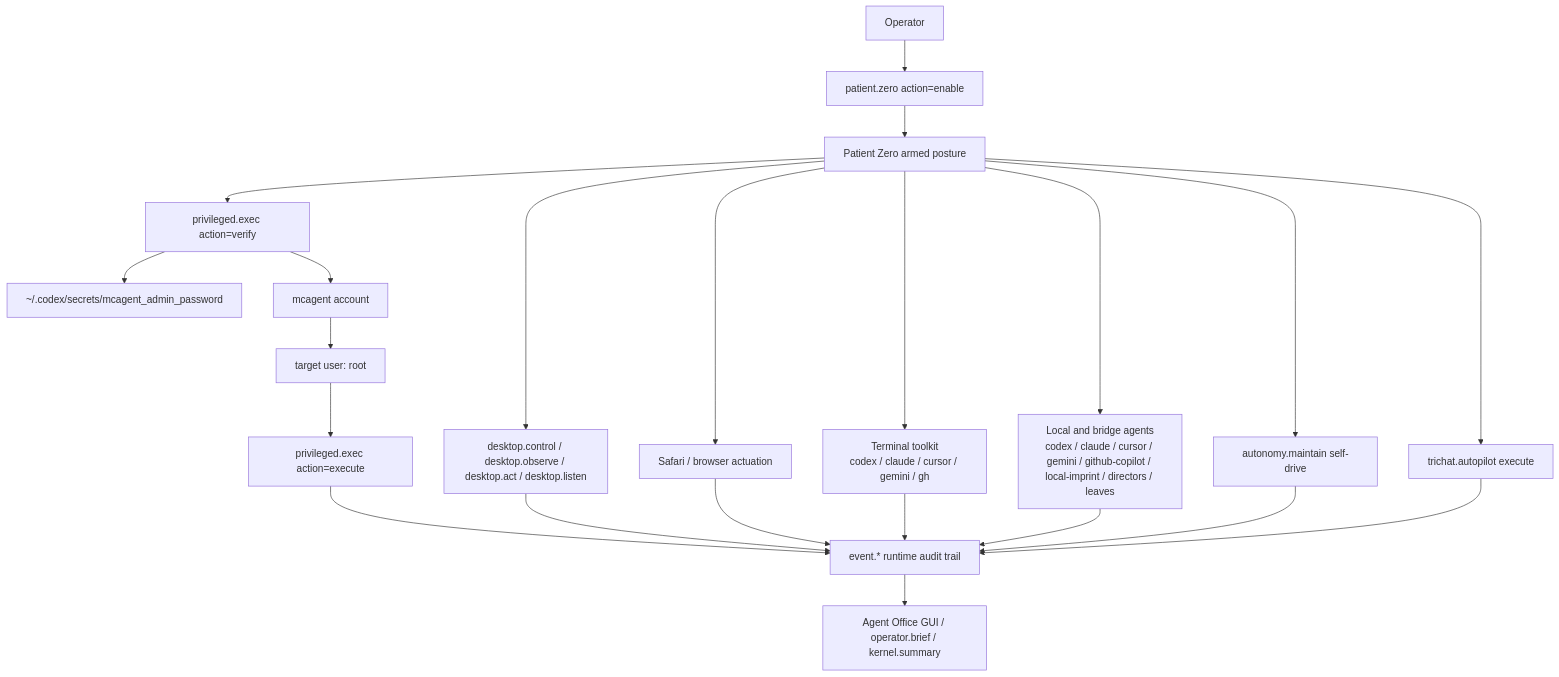
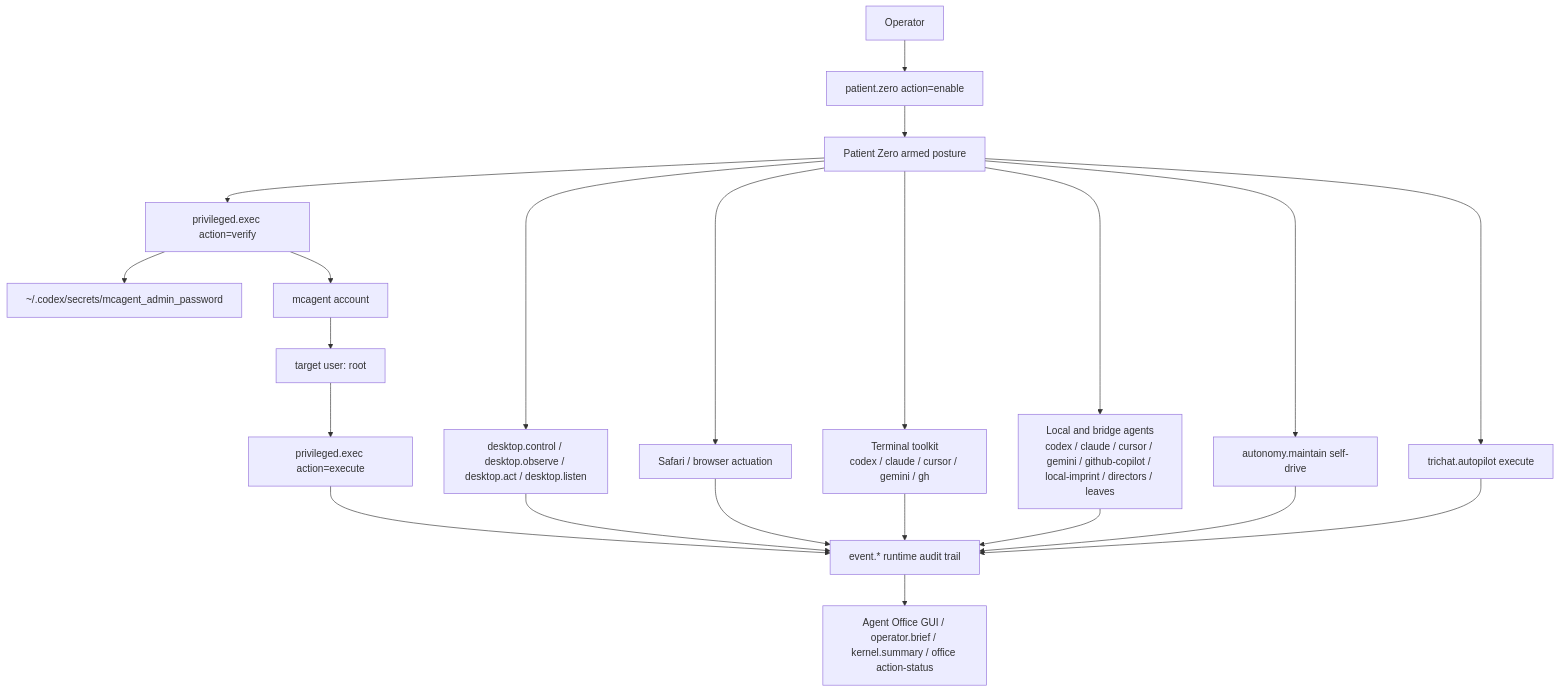
One commit to driverd12/MCPlayground---Core-Template changed the sixth of 6 diagrams in docs/SYSTEM_INTERCONNECTS.md. Above: the diagram before and after it, drawn with Mermaid. The commit also changed other lines of this file and 4 other files, not shown here.

````diff
--- a/docs/SYSTEM_INTERCONNECTS.md
+++ b/docs/SYSTEM_INTERCONNECTS.md
@@ -321,28 +321,28 @@
 ```mermaid
 flowchart TD
   Operator["Operator"] --> Arm["patient.zero action=enable"]
   Arm --> PZ["Patient Zero armed posture"]
 
   PZ --> Desktop["desktop.control / desktop.observe / desktop.act / desktop.listen"]
   PZ --> Browser["Safari / browser actuation"]
   PZ --> Verify["privileged.exec action=verify"]
   PZ --> Toolkit["Terminal toolkit<br/>codex / claude / cursor / gemini / gh"]
   PZ --> AgentPool["Local and bridge agents<br/>codex / claude / cursor / gemini / github-copilot / local-imprint / directors / leaves"]
   PZ --> Maintain["autonomy.maintain self-drive"]
   PZ --> Autopilot["trichat.autopilot execute"]
 
   Verify --> Secret["~/.codex/secrets/mcagent_admin_password"]
   Verify --> Account["mcagent account"]
   Account --> Root["target user: root"]
 
   Root --> Exec["privileged.exec action=execute"]
   Exec --> Audit["event.* runtime audit trail"]
   Desktop --> Audit
   Browser --> Audit
   Toolkit --> Audit
   AgentPool --> Audit
   Maintain --> Audit
   Autopilot --> Audit
 
-  Audit --> Office["Agent Office GUI / operator.brief / kernel.summary"]
+  Audit --> Office["Agent Office GUI / operator.brief / kernel.summary / office action-status"]
 ```
````
